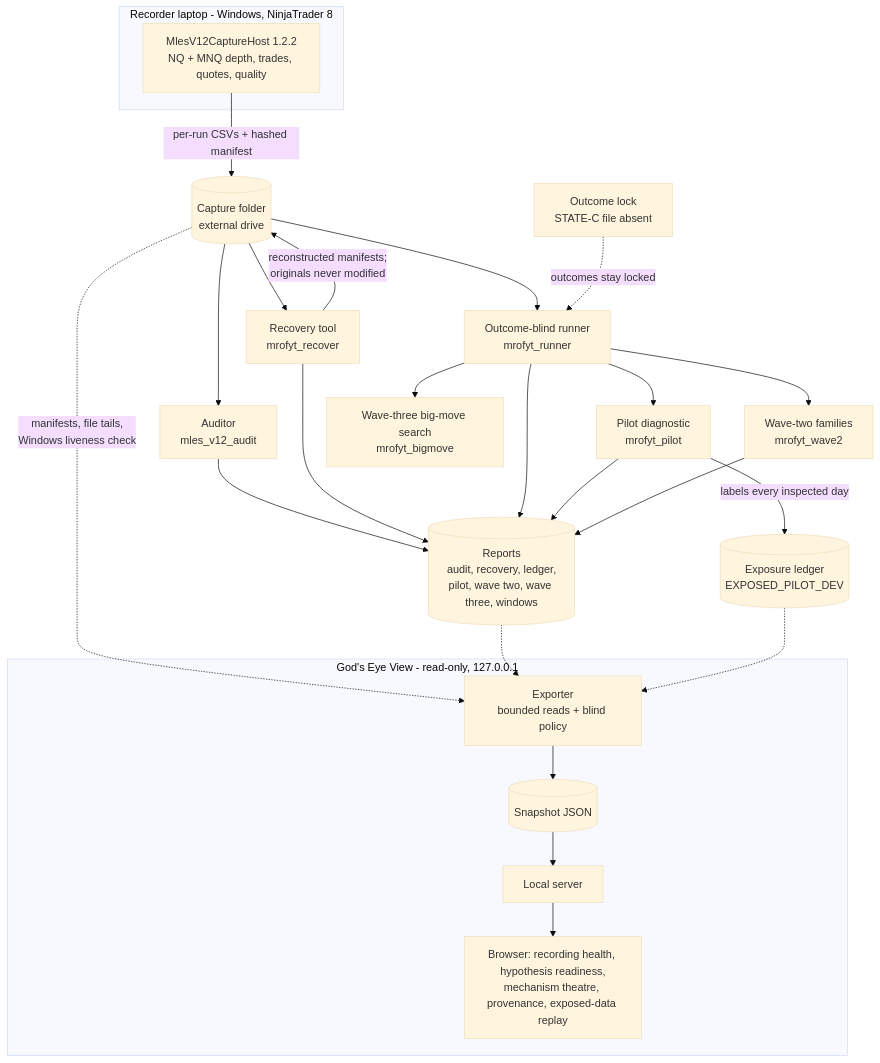
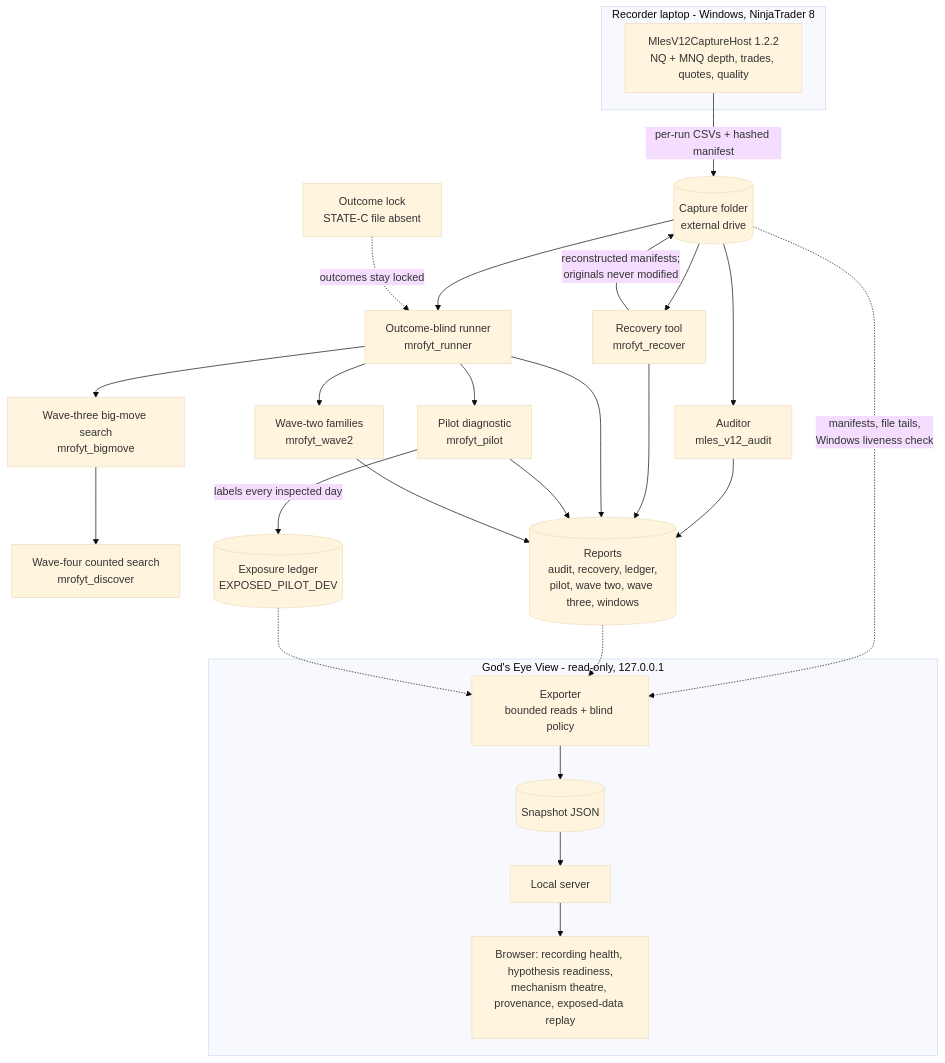
One commit to Heshh999/NGUQT changed the second of 2 diagrams in README.md. Above: the diagram before and after it, drawn with Mermaid (base theme). The commit also changed other lines of this file and 11 other files, not shown here.

First line of the commit message:
Wave four: the counted search as code, and two corrections it exposed

````diff
--- a/README.md
+++ b/README.md
@@ -85,29 +85,30 @@
 ```mermaid
 flowchart TB
     subgraph REC["Recorder laptop - Windows, NinjaTrader 8"]
         R["MlesV12CaptureHost 1.2.2<br/>NQ + MNQ depth, trades, quotes, quality"]
     end
     R -->|"per-run CSVs + hashed manifest"| CF[("Capture folder<br/>external drive")]
     CF --> AU["Auditor<br/>mles_v12_audit"]
     CF --> RC["Recovery tool<br/>mrofyt_recover"]
     RC -->|"reconstructed manifests;<br/>originals never modified"| CF
     CF --> RN["Outcome-blind runner<br/>mrofyt_runner"]
     RN --> PI["Pilot diagnostic<br/>mrofyt_pilot"]
     RN --> W2["Wave-two families<br/>mrofyt_wave2"]
     RN --> W3["Wave-three big-move search<br/>mrofyt_bigmove"]
+    W3 --> W4["Wave-four counted search<br/>mrofyt_discover"]
     PI -->|"labels every inspected day"| LG[("Exposure ledger<br/>EXPOSED_PILOT_DEV")]
     AU --> RP[("Reports<br/>audit, recovery, ledger,<br/>pilot, wave two, wave three, windows")]
     RC --> RP
     RN --> RP
     PI --> RP
     W2 --> RP
     LOCK["Outcome lock<br/>STATE-C file absent"] -.->|"outcomes stay locked"| RN
     subgraph GE["God's Eye View - read-only, 127.0.0.1"]
         EX["Exporter<br/>bounded reads + blind policy"] --> SN[("Snapshot JSON")]
         SN --> SV["Local server"]
         SV --> UI["Browser: recording health, hypothesis readiness,<br/>mechanism theatre, provenance, exposed-data replay"]
     end
     CF -.->|"manifests, file tails,<br/>Windows liveness check"| EX
     RP -.-> EX
     LG -.-> EX
 ```
````
